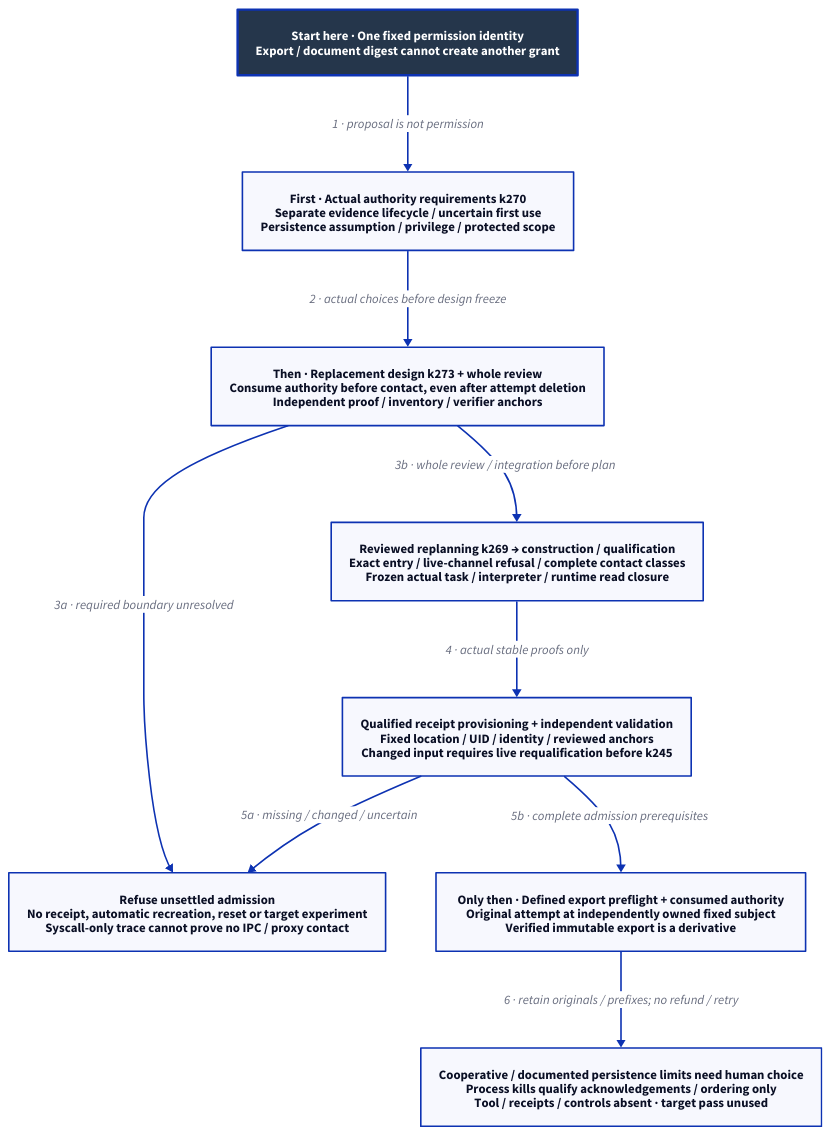
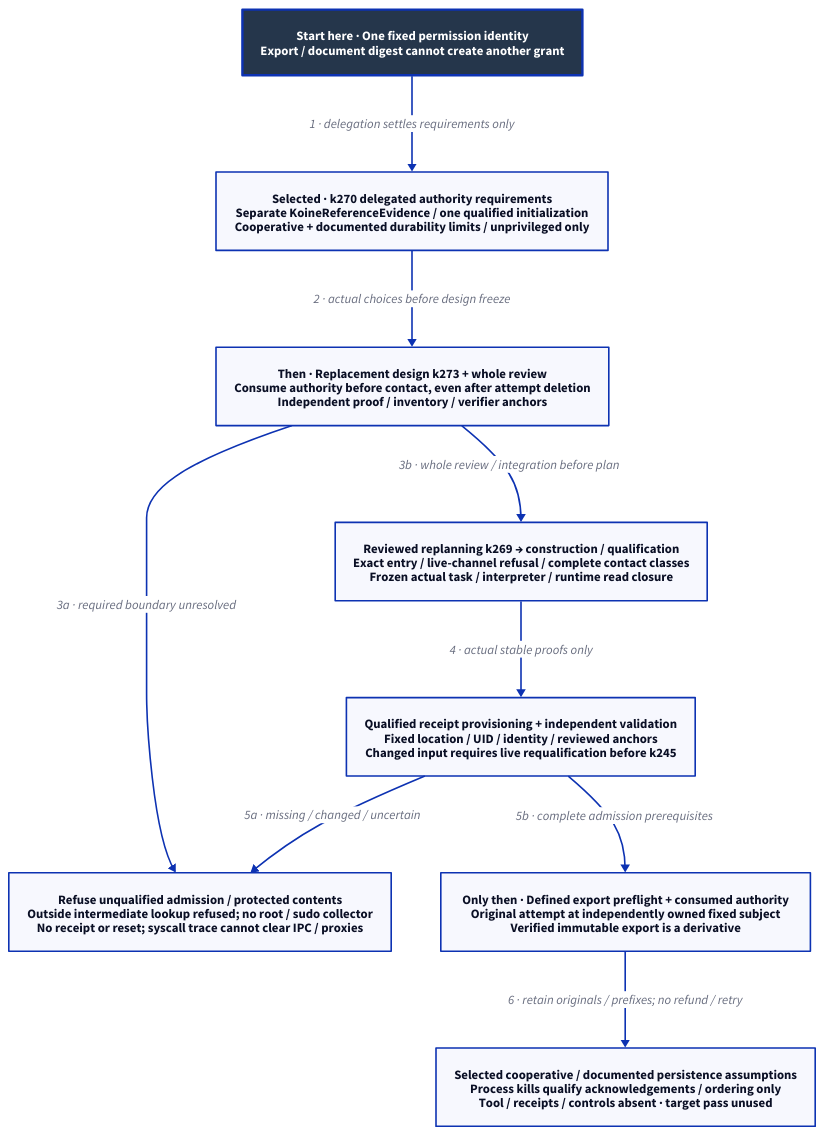
The diagram in docs/design/architecture/native-reference-admission.d2 (Linkuistics/Koine), drawn with D2 before and after one commit. The commit also changed 22 other files, not shown here.

Commit message:
Settle delegated evidence authority (reference-evidence-authority-k270)

```diff
--- a/docs/design/architecture/native-reference-admission.d2
+++ b/docs/design/architecture/native-reference-admission.d2
@@ -1,21 +1,21 @@
 # Required repair boundary; no selected receipt protocol, authority or target pass.
 direction: down
 classes: {
   start: {style: {fill: "#25364B"; font-color: "#FFFFFF"; bold: true; stroke-width: 3}}
 }
 Start: "Start here · One fixed permission identity\nExport / document digest cannot create another grant" {class: start}
-Human: "First · Actual authority requirements k270\nSeparate evidence lifecycle / uncertain first use\nPersistence assumption / privilege / protected scope"
+Human: "Selected · k270 delegated authority requirements\nSeparate KoineReferenceEvidence / one qualified initialization\nCooperative + documented durability limits / unprivileged only"
 Repair: "Then · Replacement design k273 + whole review\nConsume authority before contact, even after attempt deletion\nIndependent proof / inventory / verifier anchors"
-Unavailable: "Refuse unsettled admission\nNo receipt, automatic recreation, reset or target experiment\nSyscall-only trace cannot prove no IPC / proxy contact"
+Unavailable: "Refuse unqualified admission / protected contents\nOutside intermediate lookup refused; no root / sudo collector\nNo receipt or reset; syscall trace cannot clear IPC / proxies"
 Qualify: "Reviewed replanning k269 → construction / qualification\nExact entry / live-channel refusal / complete contact classes\nFrozen actual task / interpreter / runtime read closure"
 Provision: "Qualified receipt provisioning + independent validation\nFixed location / UID / identity / reviewed anchors\nChanged input requires live requalification before k245"
 Attempt: "Only then · Defined export preflight + consumed authority\nOriginal attempt at independently owned fixed subject\nVerified immutable export is a derivative"
-Limit: "Cooperative / documented persistence limits need human choice\nProcess kills qualify acknowledgements / ordering only\nTool / receipts / controls absent · target pass unused"
-Start -> Human: "1 · proposal is not permission"
+Limit: "Selected cooperative / documented persistence assumptions\nProcess kills qualify acknowledgements / ordering only\nTool / receipts / controls absent · target pass unused"
+Start -> Human: "1 · delegation settles requirements only"
 Human -> Repair: "2 · actual choices before design freeze"
 Repair -> Unavailable: "3a · required boundary unresolved"
 Repair -> Qualify: "3b · whole review / integration before plan"
 Qualify -> Provision: "4 · actual stable proofs only"
 Provision -> Unavailable: "5a · missing / changed / uncertain"
 Provision -> Attempt: "5b · complete admission prerequisites"
 Attempt -> Limit: "6 · retain originals / prefixes; no refund / retry"
```
